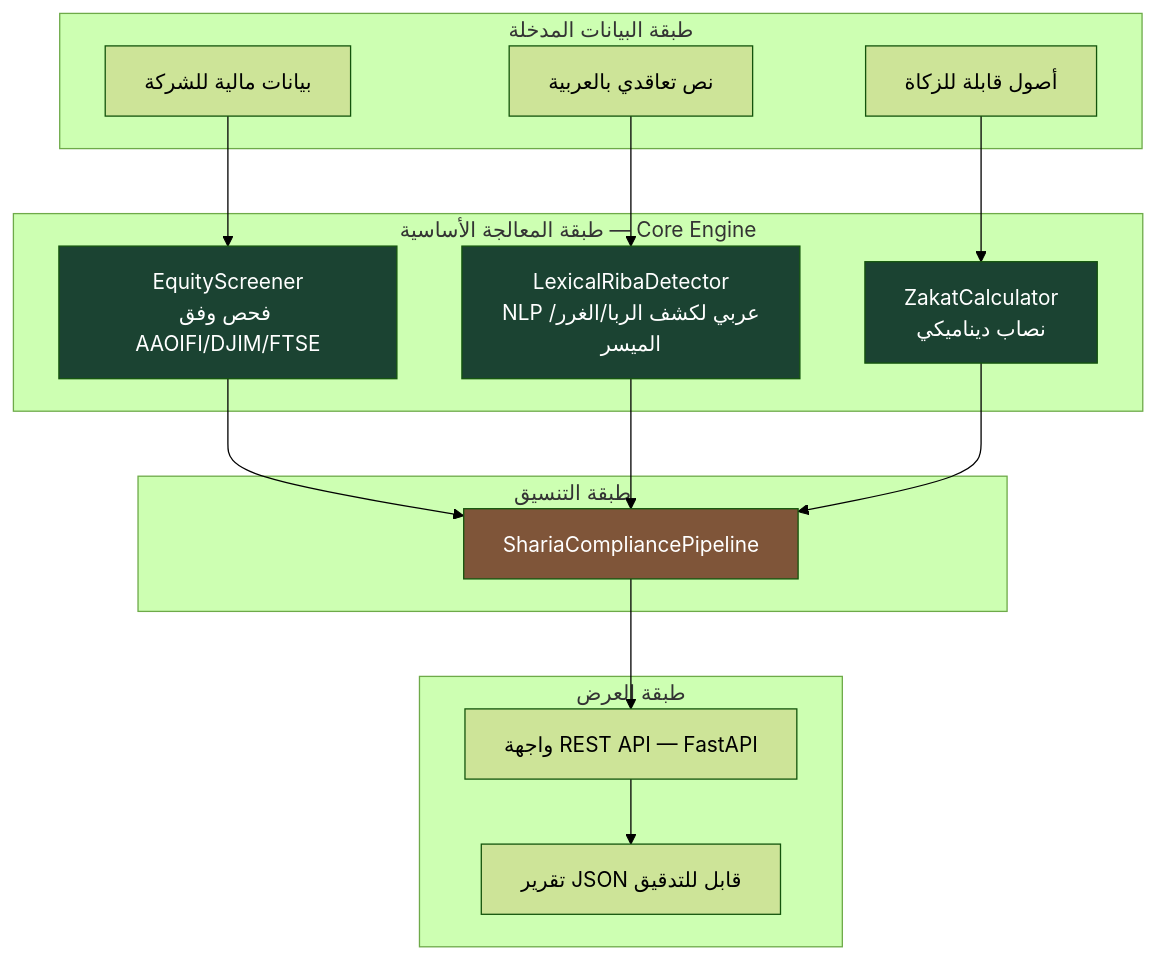
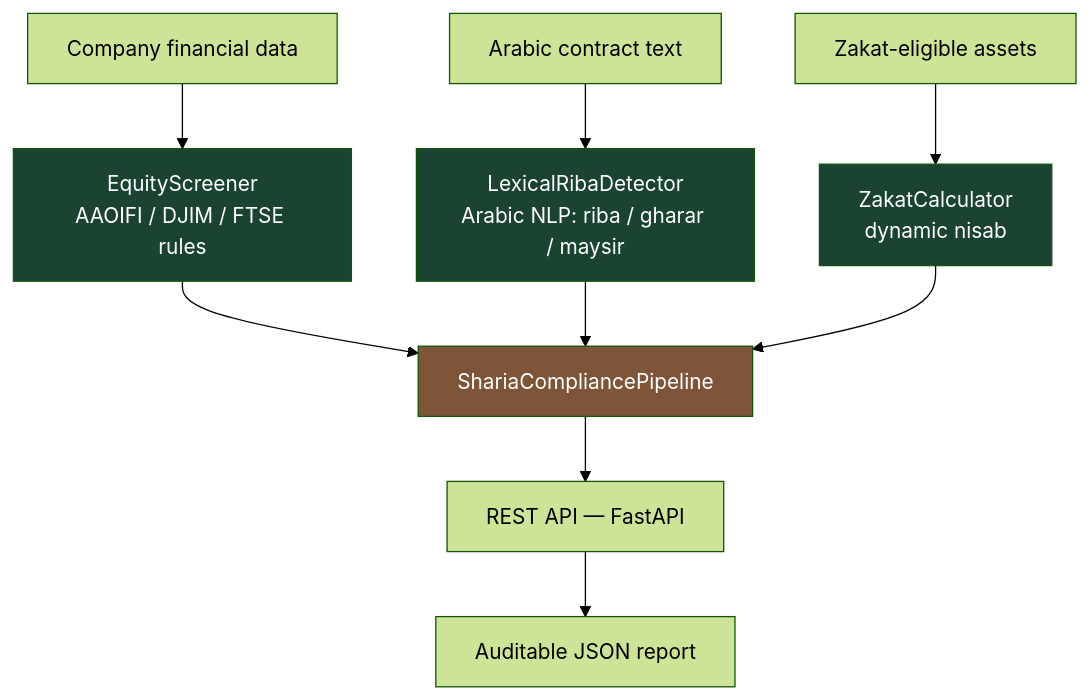
Before and after one commit to Ciprian-LocalPulse/Sharia-AI-: the diagram in README.md, drawn with Mermaid (forest theme). The commit also changed other lines of this file, not shown here.

Commit message:
Fix Mermaid diagram rendering (remove mixed RTL/LTR text in node labels)

````diff
--- a/README.md
+++ b/README.md
@@ -49,37 +49,29 @@
 ```mermaid
-graph TB
-    subgraph "طبقة البيانات المدخلة"
-        A1["بيانات مالية للشركة"]
-        A2["نص تعاقدي بالعربية"]
-        A3["أصول قابلة للزكاة"]
-    end
+flowchart TB
+    A1["Company financial data"]
+    A2["Arabic contract text"]
+    A3["Zakat-eligible assets"]
 
-    subgraph "طبقة المعالجة الأساسية — Core Engine"
-        B1["EquityScreener<br/>فحص وفق AAOIFI/DJIM/FTSE"]
-        B2["LexicalRibaDetector<br/>NLP عربي لكشف الربا/الغرر/الميسر"]
-        B3["ZakatCalculator<br/>نصاب ديناميكي"]
-    end
+    B1["EquityScreener<br/>AAOIFI / DJIM / FTSE rules"]
+    B2["LexicalRibaDetector<br/>Arabic NLP: riba / gharar / maysir"]
+    B3["ZakatCalculator<br/>dynamic nisab"]
 
-    subgraph "طبقة التنسيق"
-        C1["ShariaCompliancePipeline"]
-    end
+    C1["ShariaCompliancePipeline"]
 
-    subgraph "طبقة العرض"
-        D1["واجهة REST API — FastAPI"]
-        D2["تقرير JSON قابل للتدقيق"]
-    end
+    D1["REST API — FastAPI"]
+    D2["Auditable JSON report"]
 
     A1 --> B1
     A2 --> B2
     A3 --> B3
     B1 --> C1
     B2 --> C1
     B3 --> C1
     C1 --> D1
     D1 --> D2
 
-    style B1 fill:#1b4332,color:#fff
-    style B2 fill:#1b4332,color:#fff
-    style B3 fill:#1b4332,color:#fff
-    style C1 fill:#7f5539,color:#fff
+    style B1 fill:#1b4332,color:#ffffff
+    style B2 fill:#1b4332,color:#ffffff
+    style B3 fill:#1b4332,color:#ffffff
+    style C1 fill:#7f5539,color:#ffffff
 ```
````
